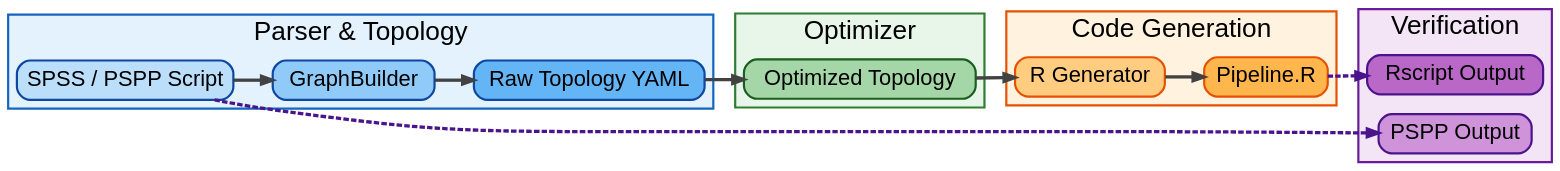
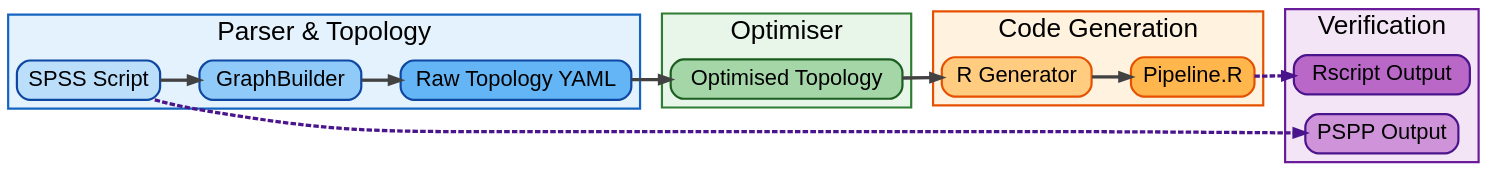
Before and after one commit to MagicSpik3/legacy-etl-compiler: the first of 2 diagrams in docs/slides.qmd, drawn with Graphviz. The commit also changed other lines of this file and 2 other files, not shown here.

````diff
--- a/docs/slides.qmd
+++ b/docs/slides.qmd
@@ -30,79 +32,79 @@
 ```{dot}
 digraph {
   rankdir=LR;
   bgcolor="transparent";
   fontname="Helvetica";
   fontsize=22;
 
   node [
     shape=box
     style="rounded,filled"
     fontname="Helvetica"
     fontsize=20
     penwidth=2
   ];
 
   edge [
     color="#424242"
     penwidth=3
   ];
 
   subgraph cluster_parser {
     label="Parser & Topology";
     fontsize=24;
     style=filled;
     fillcolor="#E3F2FD";
     color="#1565C0";
     penwidth=2;
 
-    A [label="SPSS / PSPP Script", fillcolor="#BBDEFB", color="#0D47A1"];
+    A [label="SPSS Script", fillcolor="#BBDEFB", color="#0D47A1"];
     B [label="GraphBuilder", fillcolor="#90CAF9", color="#0D47A1"];
     C [label="Raw Topology YAML", fillcolor="#64B5F6", color="#0D47A1"];
 
     A -> B -> C;
   }
 
   subgraph cluster_optimizer {
-    label="Optimizer";
+    label="Optimiser";
     fontsize=24;
     style=filled;
     fillcolor="#E8F5E9";
     color="#2E7D32";
     penwidth=2;
 
-    D [label="Optimized Topology", fillcolor="#A5D6A7", color="#1B5E20"];
+    D [label="Optimised Topology", fillcolor="#A5D6A7", color="#1B5E20"];
 
     C -> D;
   }
 
   subgraph cluster_codegen {
     label="Code Generation";
     fontsize=24;
     style=filled;
     fillcolor="#FFF3E0";
     color="#E65100";
     penwidth=2;
 
     E [label="R Generator", fillcolor="#FFCC80", color="#E65100"];
     F [label="Pipeline.R", fillcolor="#FFB74D", color="#E65100"];
 
     D -> E -> F;
   }
 
   subgraph cluster_verif {
     label="Verification";
     fontsize=24;
     style=filled;
     fillcolor="#F3E5F5";
     color="#6A1B9A";
     penwidth=2;
 
     G [label="PSPP Output", fillcolor="#CE93D8", color="#4A148C"];
     H [label="Rscript Output", fillcolor="#BA68C8", color="#4A148C"];
 
     A -> G [style=dashed, color="#4A148C"];
     F -> H [style=dashed, color="#4A148C"];
   }
 }
 
 ```
````
